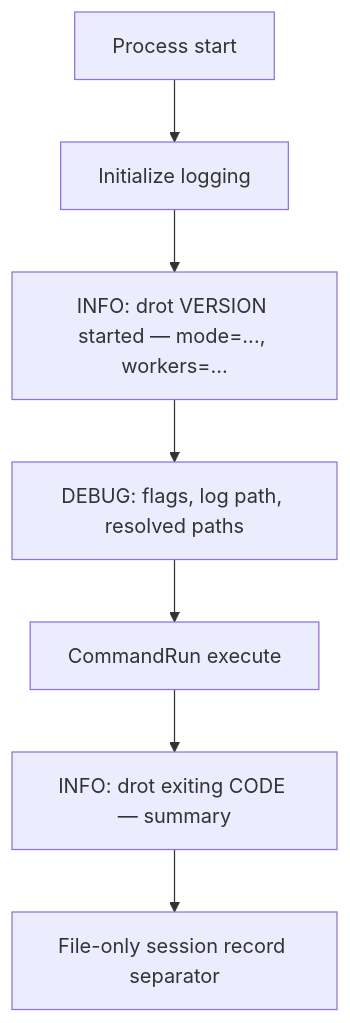
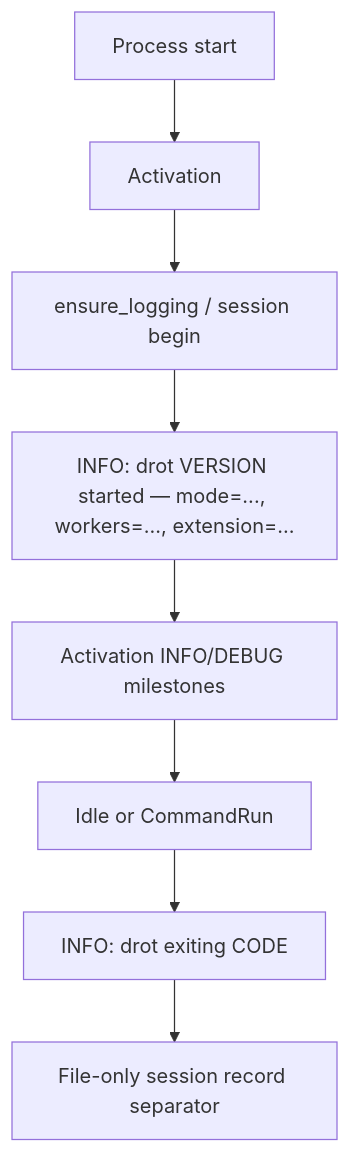
One commit to D-Naveenz/dhara_repo_orchestration changed the second of 3 diagrams in docs/logging.md. Above: the diagram before and after it, drawn with Mermaid. The commit also changed other lines of this file and 26 other files, not shown here.

First line of the commit message:
✨ Add compile-time product extensions and activation logging

````diff
--- a/docs/logging.md
+++ b/docs/logging.md
@@ -84,9 +89,10 @@
 ```mermaid
 flowchart TD
-  start[Process start] --> init[Initialize logging]
-  init --> sessionOpen["INFO: drot VERSION started — mode=..., workers=..."]
-  sessionOpen --> debugFlags["DEBUG: flags, log path, resolved paths"]
-  debugFlags --> command[CommandRun execute]
-  command --> sessionClose["INFO: drot exiting CODE — summary"]
+  start[Process start] --> activate[Activation]
+  activate --> init[ensure_logging / session begin]
+  init --> sessionOpen["INFO: drot VERSION started — mode=..., workers=..., extension=..."]
+  sessionOpen --> actSteps[Activation INFO/DEBUG milestones]
+  actSteps --> ready[Idle or CommandRun]
+  ready --> sessionClose["INFO: drot exiting CODE"]
   sessionClose --> record[File-only session record separator]
 ```
````
